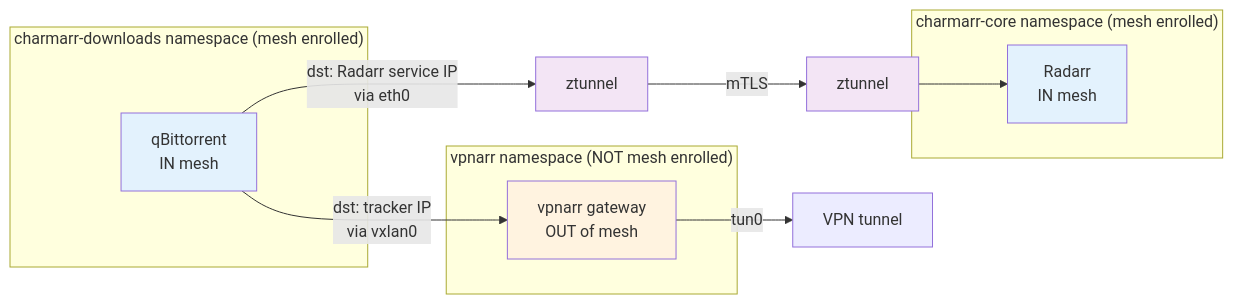
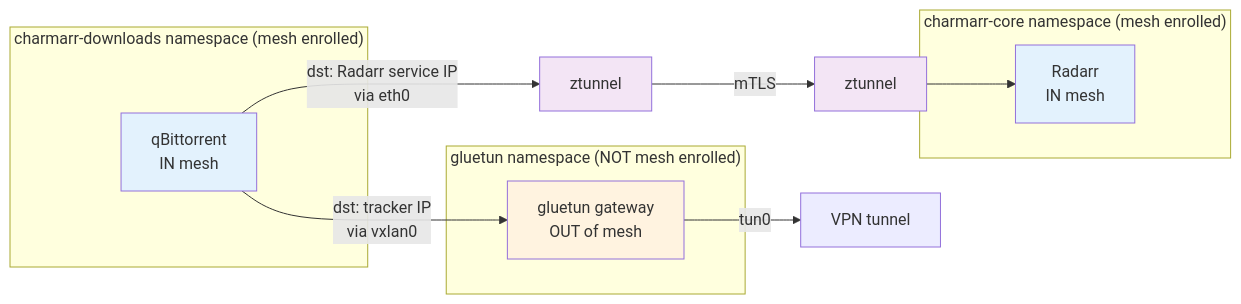
The diagram in adr/networking/adr-005-istio-mesh-vpn-integration.md (charmarr/charmarr-meta), drawn with Mermaid before and after one commit. The commit also changed other lines of this file and 5 other files, not shown here.

````diff
--- a/adr/networking/adr-005-istio-mesh-vpn-integration.md
+++ b/adr/networking/adr-005-istio-mesh-vpn-integration.md
@@ -22,27 +22,27 @@
 ```mermaid
 graph LR
     subgraph "charmarr-downloads namespace (mesh enrolled)"
         DC[qBittorrent<br/>IN mesh]
     end
 
-    subgraph "vpnarr namespace (NOT mesh enrolled)"
-        GW[vpnarr gateway<br/>OUT of mesh]
+    subgraph "gluetun namespace (NOT mesh enrolled)"
+        GW[gluetun gateway<br/>OUT of mesh]
     end
 
     subgraph "charmarr-core namespace (mesh enrolled)"
         ARR[Radarr<br/>IN mesh]
     end
 
     DC -->|dst: Radarr service IP<br/>via eth0| Z1[ztunnel]
     Z1 -->|mTLS| Z2[ztunnel]
     Z2 --> ARR
 
     DC -->|dst: tracker IP<br/>via vxlan0| GW
     GW -->|tun0| VPN[VPN tunnel]
 
     style DC fill:#e3f2fd
     style ARR fill:#e3f2fd
     style GW fill:#fff3e0
     style Z1 fill:#f3e5f5
     style Z2 fill:#f3e5f5
 ```
````
